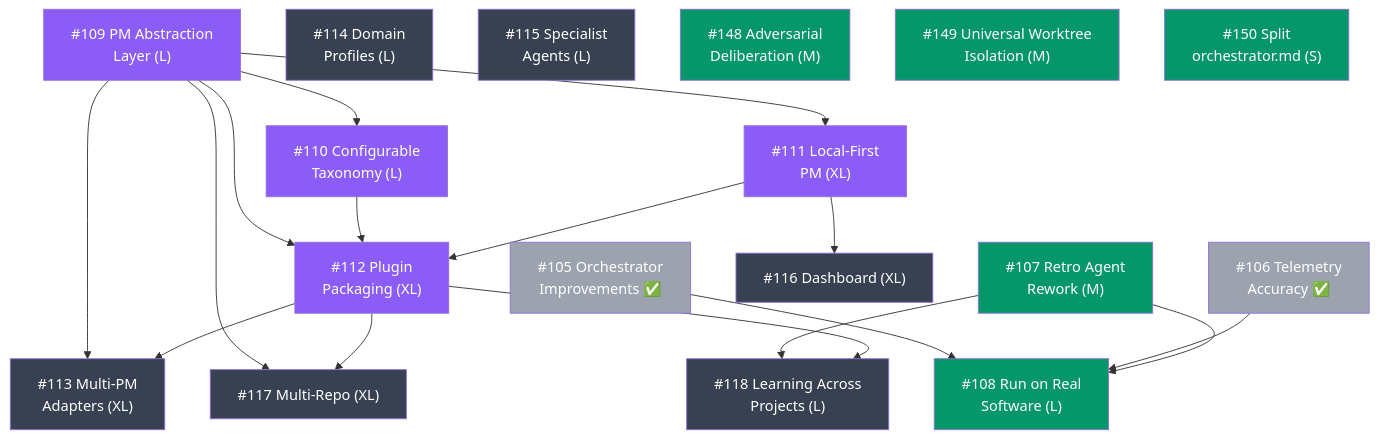
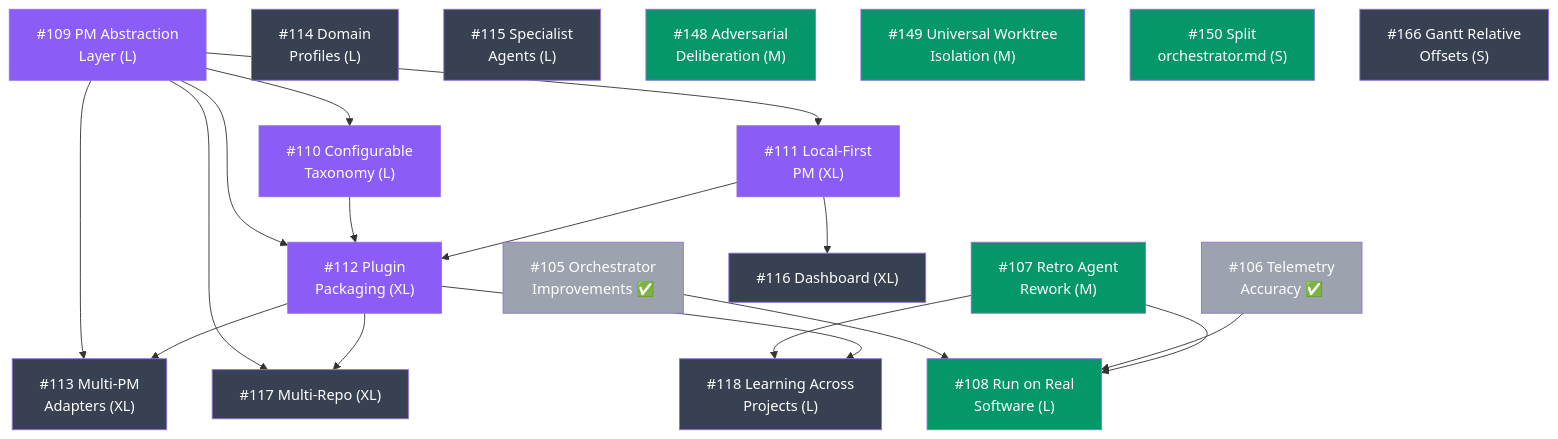
Before and after one commit to carlosboeing/agentic-sdlc-workflow: the diagram in docs/ROADMAP.md, drawn with Mermaid. The commit also changed other lines of this file, not shown here.

First line of the commit message:
docs(roadmap): add #166 Gantt Relative Offsets to Future Ideas

````diff
--- a/docs/ROADMAP.md
+++ b/docs/ROADMAP.md
@@ -9,54 +9,56 @@
 ```mermaid
 graph TD
     105["#105 Orchestrator<br/>Improvements ✅"]
     106["#106 Telemetry<br/>Accuracy ✅"]
     107["#107 Retro Agent<br/>Rework (M)"]
     108["#108 Run on Real<br/>Software (L)"]
     109["#109 PM Abstraction<br/>Layer (L)"]
     110["#110 Configurable<br/>Taxonomy (L)"]
     111["#111 Local-First<br/>PM (XL)"]
     112["#112 Plugin<br/>Packaging (XL)"]
     113["#113 Multi-PM<br/>Adapters (XL)"]
     114["#114 Domain<br/>Profiles (L)"]
     115["#115 Specialist<br/>Agents (L)"]
     116["#116 Dashboard (XL)"]
     117["#117 Multi-Repo (XL)"]
     118["#118 Learning Across<br/>Projects (L)"]
     148["#148 Adversarial<br/>Deliberation (M)"]
     149["#149 Universal Worktree<br/>Isolation (M)"]
     150["#150 Split<br/>orchestrator.md (S)"]
+    166["#166 Gantt Relative<br/>Offsets (S)"]
 
     105 --> 108
     106 --> 108
     107 --> 108
     109 --> 111
     109 --> 110
     109 --> 112
     109 --> 113
     109 --> 117
     110 --> 112
     111 --> 112
     111 --> 116
     107 --> 118
     112 --> 113
     112 --> 117
     112 --> 118
 
     style 105 fill:#9ca3af,color:#fff
     style 106 fill:#9ca3af,color:#fff
     style 107 fill:#059669,color:#fff
     style 108 fill:#059669,color:#fff
     style 109 fill:#8b5cf6,color:#fff
     style 110 fill:#8b5cf6,color:#fff
     style 111 fill:#8b5cf6,color:#fff
     style 112 fill:#8b5cf6,color:#fff
     style 113 fill:#374151,color:#fff
     style 114 fill:#374151,color:#fff
     style 115 fill:#374151,color:#fff
     style 116 fill:#374151,color:#fff
     style 117 fill:#374151,color:#fff
     style 118 fill:#374151,color:#fff
     style 148 fill:#059669,color:#fff
     style 149 fill:#059669,color:#fff
     style 150 fill:#059669,color:#fff
+    style 166 fill:#374151,color:#fff
 ```
````
